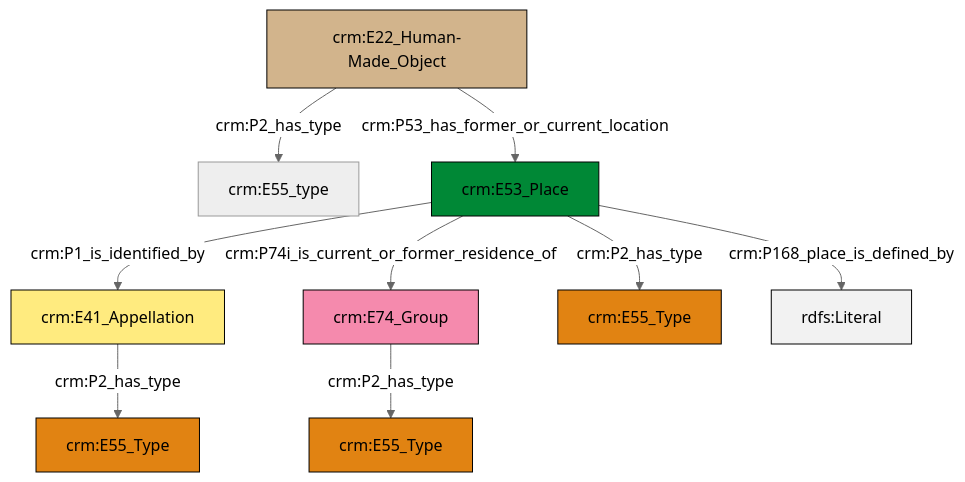
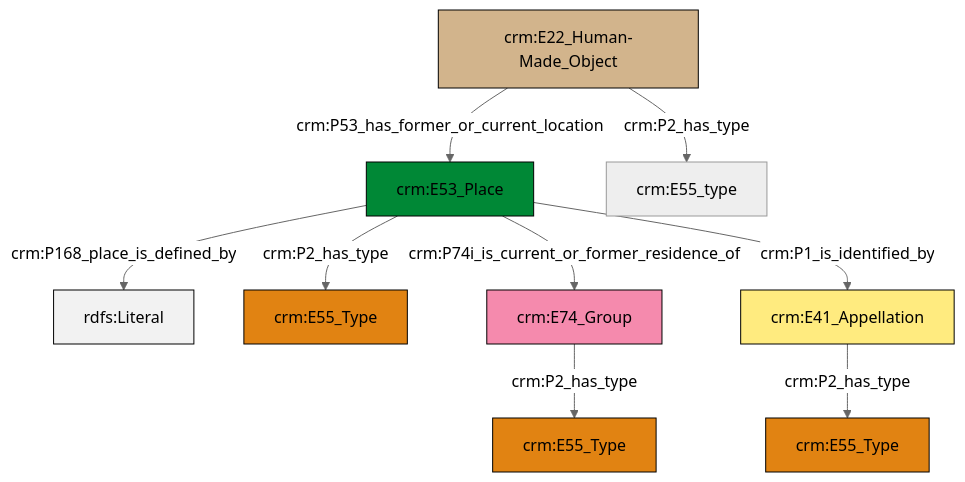
One commit to swiss-art-research-net/docs.swissartresearch changed the diagram in et/artworkCSV/ttl/mmd/Artwork_Location.ttl.mmd. Above: the diagram before and after it, drawn with Mermaid (neutral theme). The commit also changed 177 other files, not shown here.

```diff
--- a/et/artworkCSV/ttl/mmd/Artwork_Location.ttl.mmd
+++ b/et/artworkCSV/ttl/mmd/Artwork_Location.ttl.mmd
@@ -1,23 +1,23 @@
 graph TD
 classDef Literal fill:#f2f2f2,stroke:#000000;
 classDef CRM_Entity fill:#FFFFFF,stroke:#000000;
 classDef Temporal_Entity fill:#00C9E6, stroke:#000000;
 classDef Type fill:#E18312, stroke:#000000;
 classDef Time-Span fill:#2C9C91, stroke:#000000;
 classDef Appellation fill:#FFEB7F, stroke:#000000;
 classDef Place fill:#008836, stroke:#000000;
 classDef Persistent_Item fill:#B266B2, stroke:#000000;
 classDef Conceptual_Object fill:#FFD700, stroke:#000000;
 classDef Physical_Thing fill:#D2B48C, stroke:#000000;
 classDef Actor fill:#f58aad, stroke:#000000;
 classDef PC_Classes fill:#4ce600, stroke:#000000;
 classDef Multi fill:#cccccc,stroke:#000000;
 
-0["crm:E22_Human-Made_Object"]:::Physical_Thing -->|crm:P2_has_type| 1["crm:E55_type"]:::Default
-2["crm:E53_Place"]:::Place -->|crm:P1_is_identified_by| 3["crm:E41_Appellation"]:::Appellation
-2["crm:E53_Place"]:::Place -->|crm:P2_has_type| 6["crm:E55_Type"]:::Type
-2["crm:E53_Place"]:::Place -->|crm:P168_place_is_defined_by| 12[rdfs:Literal]:::Literal
-0["crm:E22_Human-Made_Object"]:::Physical_Thing -->|crm:P53_has_former_or_current_location| 2["crm:E53_Place"]:::Place
-3["crm:E41_Appellation"]:::Appellation -->|crm:P2_has_type| 13["crm:E55_Type"]:::Type
-2["crm:E53_Place"]:::Place -->|crm:P74i_is_current_or_former_residence_of| 4["crm:E74_Group"]:::Actor
-4["crm:E74_Group"]:::Actor -->|crm:P2_has_type| 10["crm:E55_Type"]:::Type
+0["crm:E53_Place"]:::Place -->|crm:P168_place_is_defined_by| 1[rdfs:Literal]:::Literal
+2["crm:E22_Human-Made_Object"]:::Physical_Thing -->|crm:P53_has_former_or_current_location| 0["crm:E53_Place"]:::Place
+0["crm:E53_Place"]:::Place -->|crm:P2_has_type| 3["crm:E55_Type"]:::Type
+0["crm:E53_Place"]:::Place -->|crm:P74i_is_current_or_former_residence_of| 10["crm:E74_Group"]:::Actor
+10["crm:E74_Group"]:::Actor -->|crm:P2_has_type| 13["crm:E55_Type"]:::Type
+15["crm:E41_Appellation"]:::Appellation -->|crm:P2_has_type| 8["crm:E55_Type"]:::Type
+0["crm:E53_Place"]:::Place -->|crm:P1_is_identified_by| 15["crm:E41_Appellation"]:::Appellation
+2["crm:E22_Human-Made_Object"]:::Physical_Thing -->|crm:P2_has_type| 6["crm:E55_type"]:::Default
```
